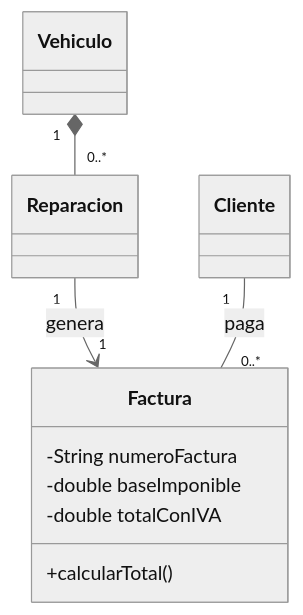
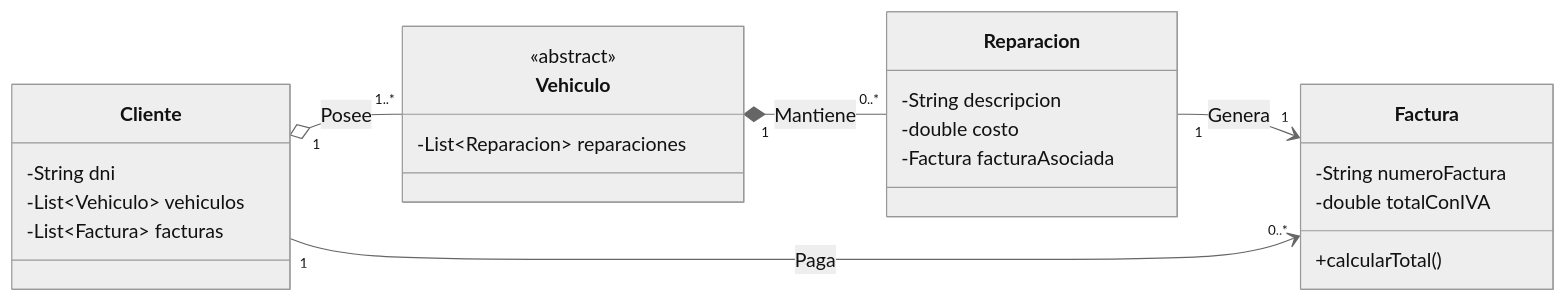
Before and after one commit to bbaakkuu-svg/6.3-Diagrama_De_Clases: the second of 2 diagrams in README.md, drawn with Mermaid (neutral theme). The commit also changed other lines of this file, not shown here.

Commit message:
Se explica la implementación de la clase Factura, y se realiza un nuevo Diagrama UML (Mermaid) que muestra la integración de la Clase Factura con la Clase Reparación y su relación con la Clase Cliente.

````diff
--- a/README.md
+++ b/README.md
@@ -205,17 +220,33 @@
 ```mermaid
 classDiagram
-    direction TB
-    class Cliente
-    class Vehiculo
-    class Reparacion
+    direction LR
+    
+    class Cliente {
+        -String dni
+        -List~Vehiculo~ vehiculos
+        -List~Factura~ facturas
+    }
+
+    class Vehiculo {
+        <<abstract>>
+        -List~Reparacion~ reparaciones
+    }
+
+    class Reparacion {
+        -String descripcion
+        -double costo
+        -Factura facturaAsociada
+    }
+
     class Factura {
         -String numeroFactura
-        -double baseImponible
         -double totalConIVA
         +calcularTotal()
     }
-    
-    Vehiculo "1" *-- "0..*" Reparacion
-    Reparacion "1" --> "1" Factura : genera
-    Cliente "1" -- "0..*" Factura : paga
+
+    %% Nuevas Relaciones de Ingeniería Inversa
+    Vehiculo "1" *-- "0..*" Reparacion : Mantiene
+    Reparacion "1" --> "1" Factura : Genera
+    Cliente "1" --> "0..*" Factura : Paga
+    Cliente "1" o-- "1..*" Vehiculo : Posee
 ```
````
